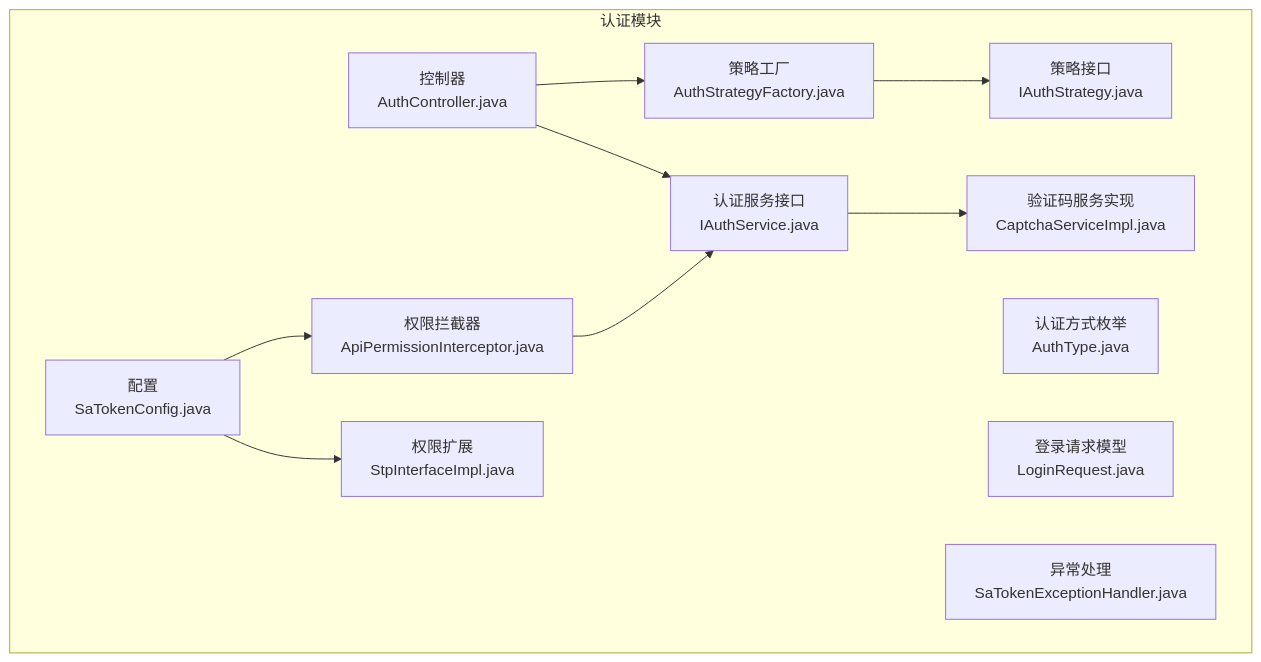
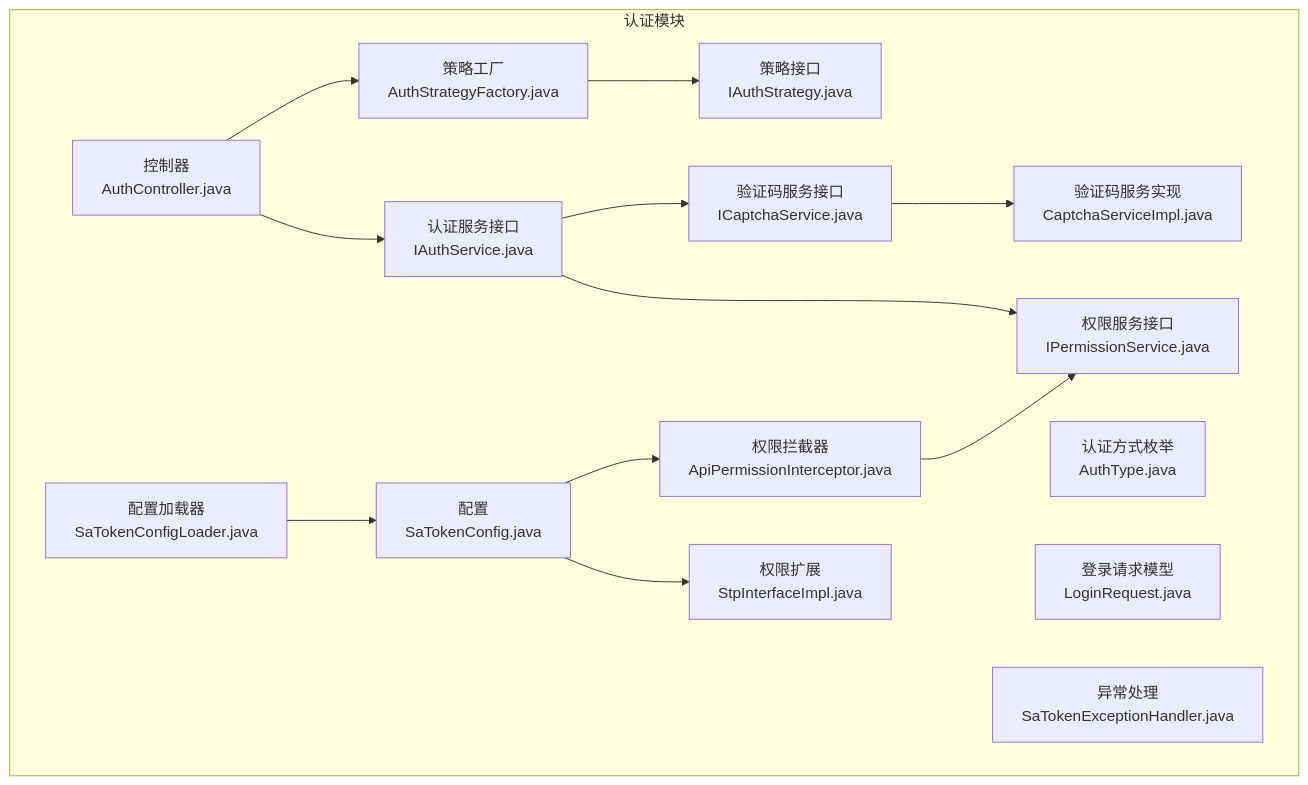
The first of 7 diagrams in .qoder/repowiki/zh/content/后端框架详解/安全认证模块/安全认证模块.md (yaomindong1996/forge-admin), drawn with Mermaid before and after one commit. The commit also changed other lines of this file and 76 other files, not shown here.

````diff
--- a/.qoder/repowiki/zh/content/后端框架详解/安全认证模块/安全认证模块.md
+++ b/.qoder/repowiki/zh/content/后端框架详解/安全认证模块/安全认证模块.md
@@ -51,23 +64,29 @@
 ```mermaid
 graph TB
 subgraph "认证模块"
 CFG["配置<br/>SaTokenConfig.java"]
+CFGLOADER["配置加载器<br/>SaTokenConfigLoader.java"]
 STPI["权限扩展<br/>StpInterfaceImpl.java"]
 CTRL["控制器<br/>AuthController.java"]
 INTF["权限拦截器<br/>ApiPermissionInterceptor.java"]
 STRF["策略工厂<br/>AuthStrategyFactory.java"]
 ISTG["策略接口<br/>IAuthStrategy.java"]
 IAUTH["认证服务接口<br/>IAuthService.java"]
+ICAPT["验证码服务接口<br/>ICaptchaService.java"]
+IPERM["权限服务接口<br/>IPermissionService.java"]
 CAPTCHA["验证码服务实现<br/>CaptchaServiceImpl.java"]
 ENUM["认证方式枚举<br/>AuthType.java"]
 REQ["登录请求模型<br/>LoginRequest.java"]
 EXC["异常处理<br/>SaTokenExceptionHandler.java"]
 end
 CTRL --> STRF
 STRF --> ISTG
 CTRL --> IAUTH
-IAUTH --> CAPTCHA
+IAUTH --> ICAPT
+IAUTH --> IPERM
+ICAPT --> CAPTCHA
 CFG --> INTF
 CFG --> STPI
-INTF --> IAUTH
+CFGLOADER --> CFG
+INTF --> IPERM
 ```
````
